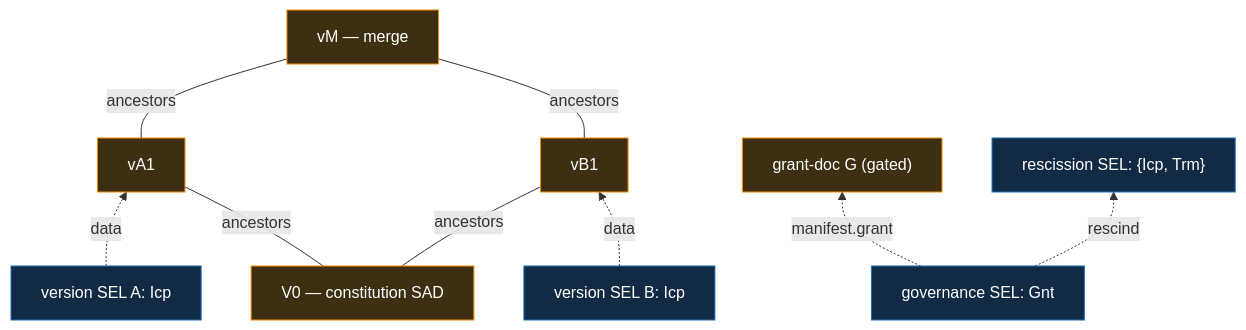
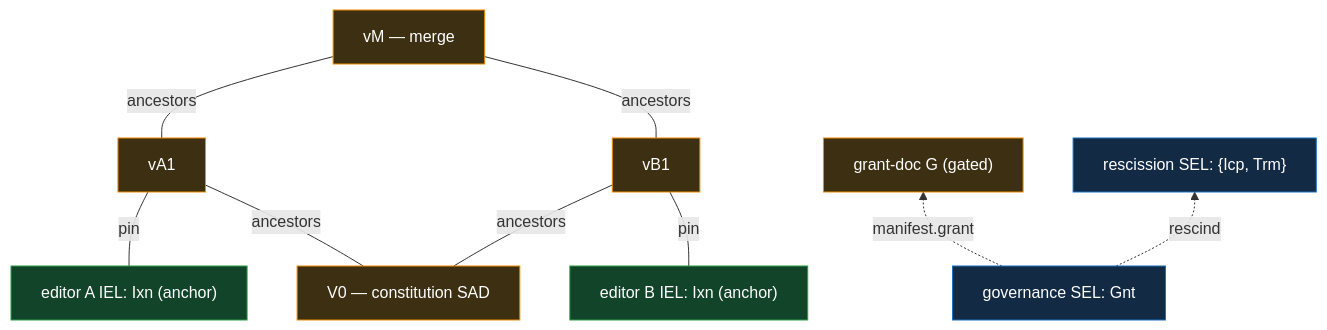
Before and after one commit to jasoncolburne/vdti: the diagram in docs/design/features/shared-documents/documents.md, drawn with Mermaid. The commit also changed other lines of this file and 14 other files, not shown here.

````diff
--- a/docs/design/features/shared-documents/documents.md
+++ b/docs/design/features/shared-documents/documents.md
@@ -26,22 +26,23 @@
 ```mermaid
 flowchart BT
   vM["vM — merge"]:::doc
   V0["V0 — constitution SAD"]:::doc
   vA1["vA1"]:::doc
   vB1["vB1"]:::doc
-  vA["version SEL A: Icp"]:::sel
-  vB["version SEL B: Icp"]:::sel
+  eA["editor A IEL: Ixn (anchor)"]:::iel
+  eB["editor B IEL: Ixn (anchor)"]:::iel
   gGnt["governance SEL: Gnt"]:::sel
   G["grant-doc G (gated)"]:::doc
   Resc["rescission SEL: {Icp, Trm}"]:::sel
-  vA -.->|data| vA1
-  vB -.->|data| vB1
+  eA ---|pin| vA1
+  eB ---|pin| vB1
   vA1 ---|ancestors| vM
   V0 ---|ancestors| vA1
   vB1 ---|ancestors| vM
   V0 ---|ancestors| vB1
   gGnt -.->|manifest.grant| G
   gGnt -. rescind .-> Resc
   classDef sel fill:#122a44,stroke:#1971c2,color:#fff
   classDef doc fill:#3d2f12,stroke:#f08c00,color:#fff
+  classDef iel fill:#12442a,stroke:#2f9e44,color:#fff
 ```
````
